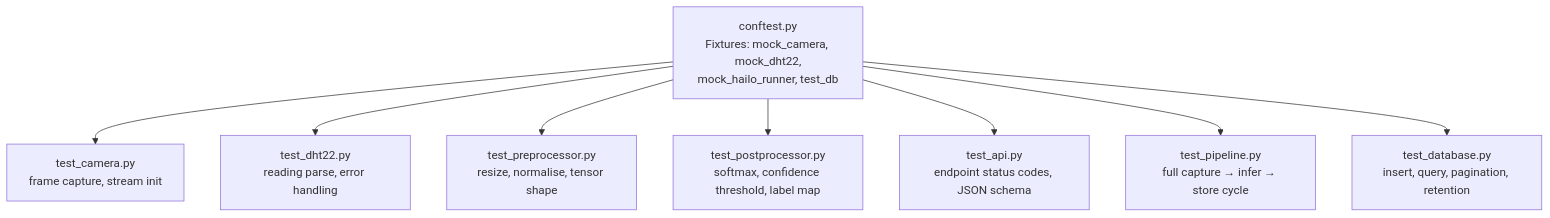
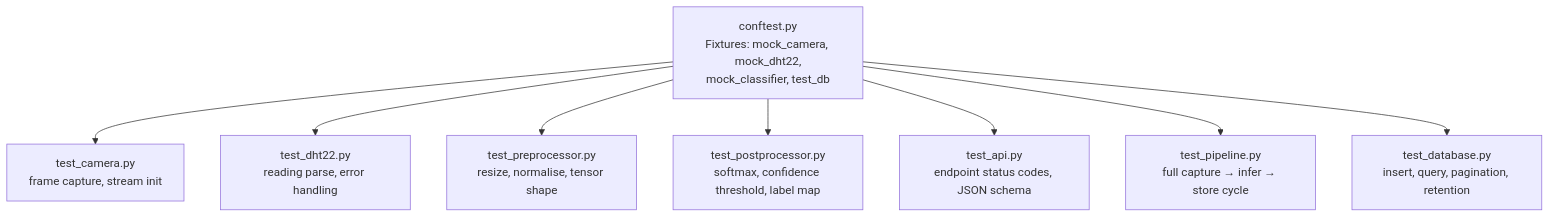
Before and after one commit to thetruesammyjay/IoT-System-for-Disease-Detection-in-Crops: the ninth of 10 diagrams in README.md, drawn with Mermaid. The commit also changed other lines of this file, not shown here.

````diff
--- a/README.md
+++ b/README.md
@@ -809,11 +802,11 @@
 ```mermaid
 graph TD
-    CONF["conftest.py\nFixtures: mock_camera, mock_dht22,\nmock_hailo_runner, test_db"]
+    CONF["conftest.py\nFixtures: mock_camera, mock_dht22,\nmock_classifier, test_db"]
     CONF --> U1["test_camera.py\nframe capture, stream init"]
     CONF --> U2["test_dht22.py\nreading parse, error handling"]
     CONF --> U3["test_preprocessor.py\nresize, normalise, tensor shape"]
     CONF --> U4["test_postprocessor.py\nsoftmax, confidence threshold, label map"]
     CONF --> U5["test_api.py\nendpoint status codes, JSON schema"]
     CONF --> I1["test_pipeline.py\nfull capture → infer → store cycle"]
     CONF --> I2["test_database.py\ninsert, query, pagination, retention"]
 ```
````
